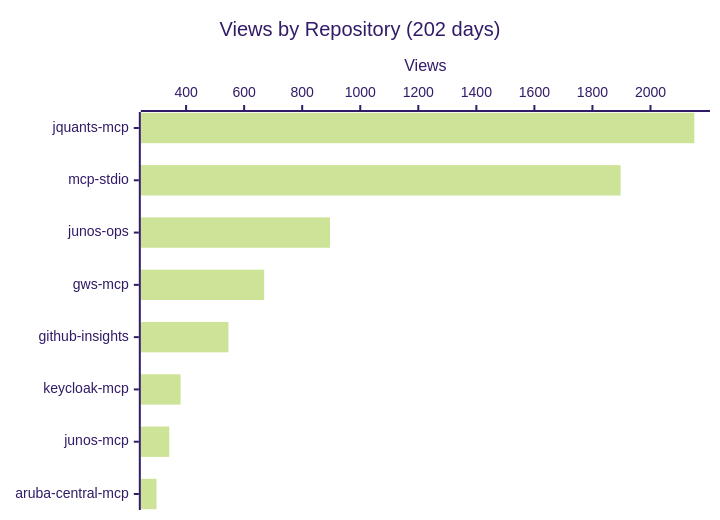
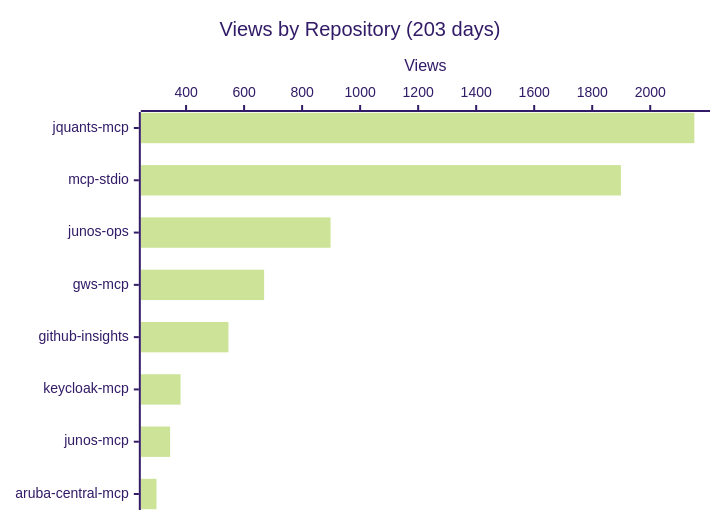
One commit to shigechika/github-insights changed the first of 4 diagrams in README.md. Above: the diagram before and after it, drawn with Mermaid (forest theme). The commit also changed other lines of this file and 2 other files, not shown here.

````diff
--- a/README.md
+++ b/README.md
@@ -18,7 +18,7 @@
 ```mermaid
 xychart-beta horizontal
-    title "Views by Repository (202 days)"
+    title "Views by Repository (203 days)"
     x-axis ["jquants-mcp", "mcp-stdio", "junos-ops", "gws-mcp", "github-insights", "keycloak-mcp", "junos-mcp", "aruba-central-mcp"]
     y-axis "Views"
-    bar [2151, 1897, 896, 669, 546, 381, 342, 298]
+    bar [2152, 1899, 898, 669, 546, 381, 345, 298]
 ```
````
